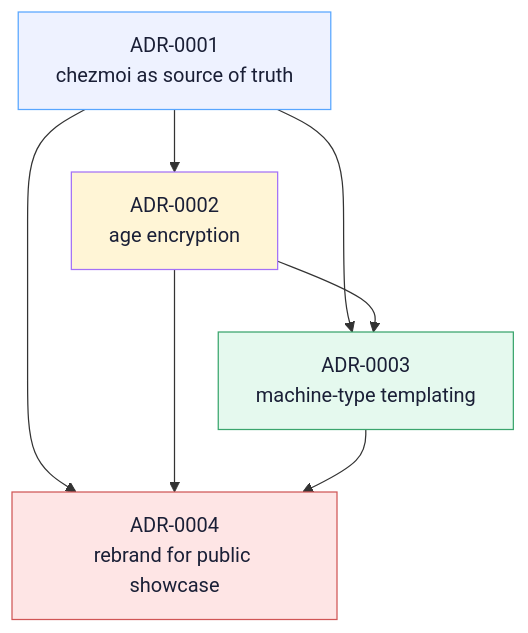
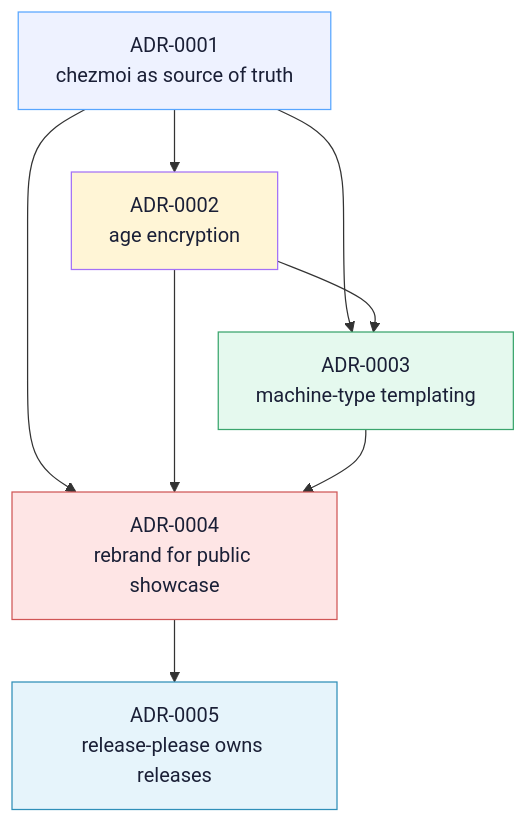
Before and after one commit to edjchapman/Dotfiles: the diagram in docs/decisions/index.md, drawn with Mermaid. The commit also changed other lines of this file and 5 other files, not shown here.

First line of the commit message:
docs(decisions): add ADR-0005 on release-please owning releases (#223)

````diff
--- a/docs/decisions/index.md
+++ b/docs/decisions/index.md
@@ -7,28 +7,33 @@
 ```mermaid
 graph TD
     A["ADR-0001<br/>chezmoi as source of truth"]
     B["ADR-0002<br/>age encryption"]
     C["ADR-0003<br/>machine-type templating"]
     D["ADR-0004<br/>rebrand for public showcase"]
+    E["ADR-0005<br/>release-please owns releases"]
 
     A --> B
     A --> C
     B --> C
     A --> D
     B --> D
     C --> D
+    D --> E
 
     click A "0001-chezmoi-as-source-of-truth.md" "Read ADR-0001"
     click B "0002-age-encryption.md" "Read ADR-0002"
     click C "0003-machine-type-templating.md" "Read ADR-0003"
     click D "0004-rebrand-public-showcase.md" "Read ADR-0004"
+    click E "0005-release-please-owns-releases.md" "Read ADR-0005"
 
     classDef foundation fill:#eef2ff,stroke:#58a6ff,color:#1a1f36
     classDef encryption fill:#fff5d6,stroke:#a371f7,color:#1a1f36
     classDef templating fill:#e5f9ee,stroke:#3aa56d,color:#1a1f36
     classDef showcase fill:#fee5e5,stroke:#d05656,color:#1a1f36
+    classDef release fill:#e6f4fb,stroke:#2f8fb8,color:#1a1f36
     class A foundation
     class B encryption
     class C templating
     class D showcase
+    class E release
 ```
````
